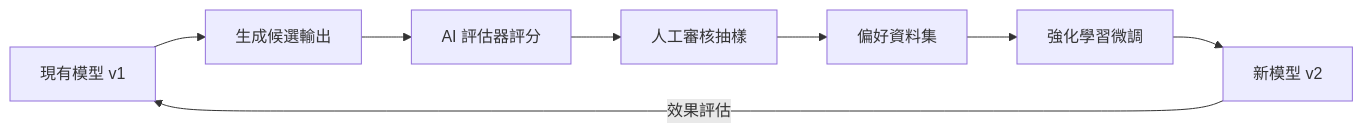
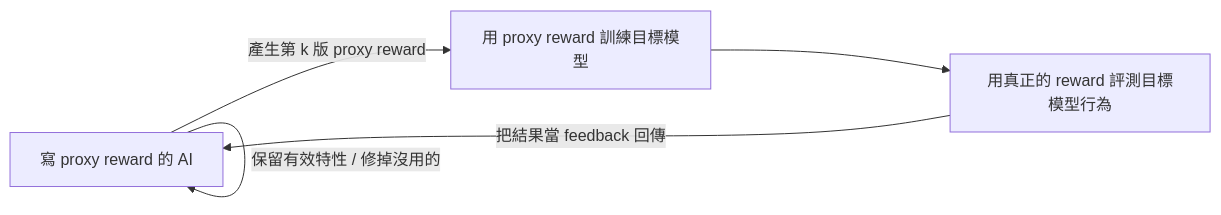
One commit to a920604a/engineernews changed the diagram in src/content/posts/tech/2026-05-17-ai-ai-.md. Above: the diagram before and after it, drawn with Mermaid. The commit also changed other lines of this file and 468 other files, not shown here.

````diff
--- a/src/content/posts/tech/2026-05-17-ai-ai-.md
+++ b/src/content/posts/tech/2026-05-17-ai-ai-.md
@@ -60,10 +63,7 @@
 ```mermaid
 graph LR
-    A[現有模型 v1] --> B[生成候選輸出]
-    B --> C[AI 評估器評分]
-    C --> D[人工審核抽樣]
-    D --> E[偏好資料集]
-    E --> F[強化學習微調]
-    F --> G[新模型 v2]
-    G -->|效果評估| A
+    A[寫 proxy reward 的 AI] -->|產生第 k 版 proxy reward| B[用 proxy reward 訓練目標模型]
+    B --> C[用真正的 reward 評測目標模型行為]
+    C -->|把結果當 feedback 回傳| A
+    A -->|保留有效特性 / 修掉沒用的| A
 ```
````
